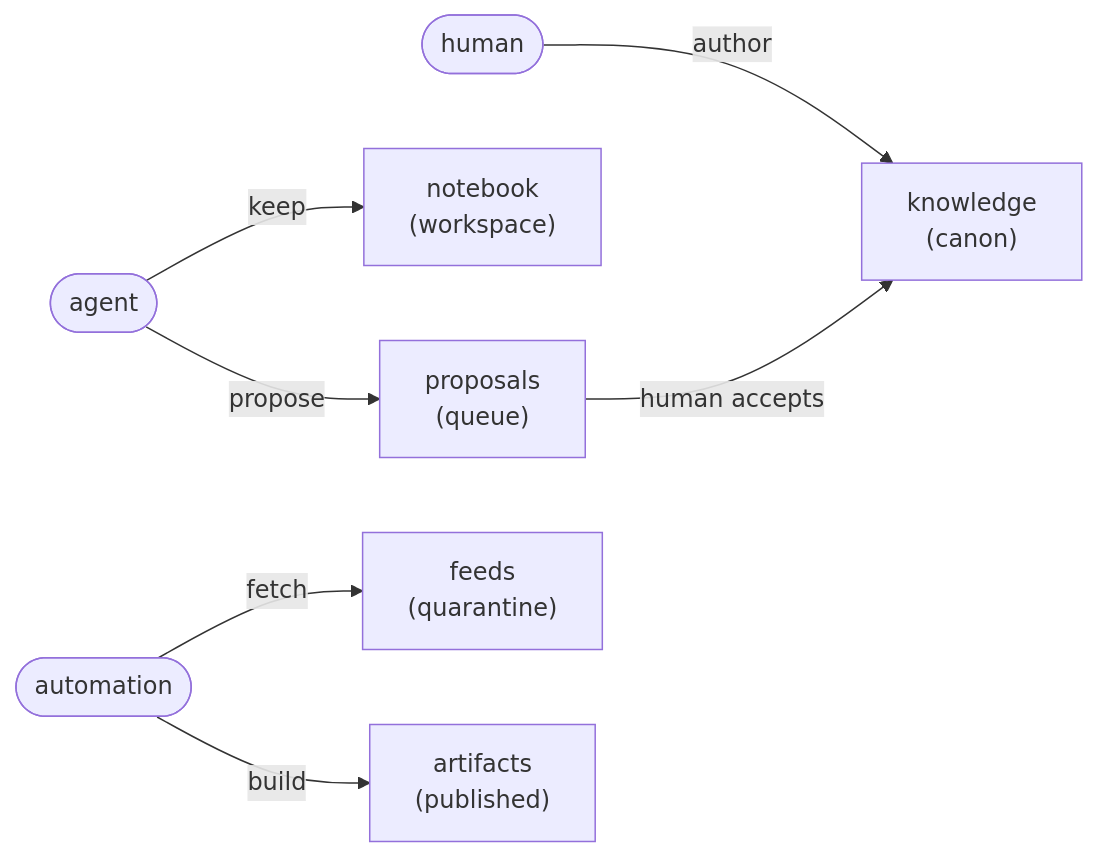
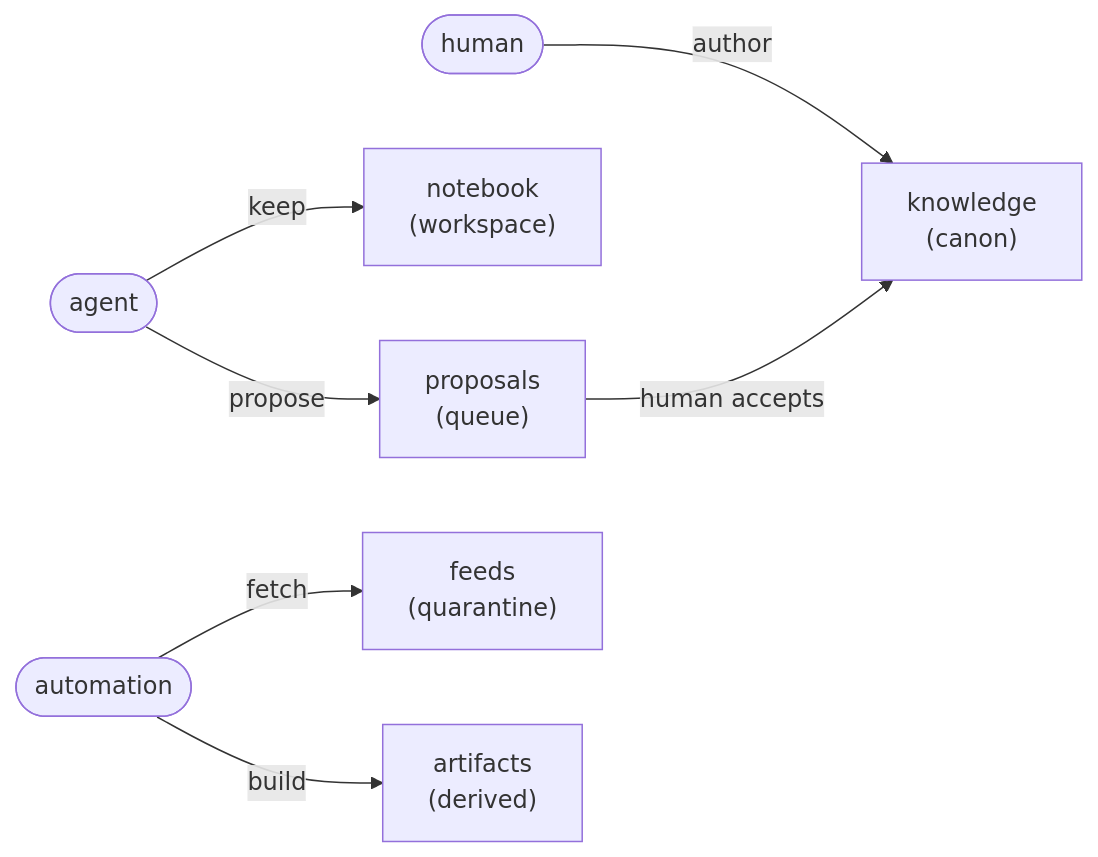
One commit to patrick204nqh/textus changed the diagram in README.md. Above: the diagram before and after it, drawn with Mermaid. The commit also changed 29 other files, not shown here.

````diff
--- a/README.md
+++ b/README.md
@@ -27,9 +27,9 @@
 ```mermaid
 flowchart LR
     human(["human"]) -->|author| knowledge["knowledge<br/>(canon)"]
     agent(["agent"]) -->|keep| notebook["notebook<br/>(workspace)"]
     agent -->|propose| proposals["proposals<br/>(queue)"]
     proposals -->|human accepts| knowledge
     automation(["automation"]) -->|fetch| feeds["feeds<br/>(quarantine)"]
-    automation -->|build| artifacts["artifacts<br/>(published)"]
+    automation -->|build| artifacts["artifacts<br/>(derived)"]
 ```
````
